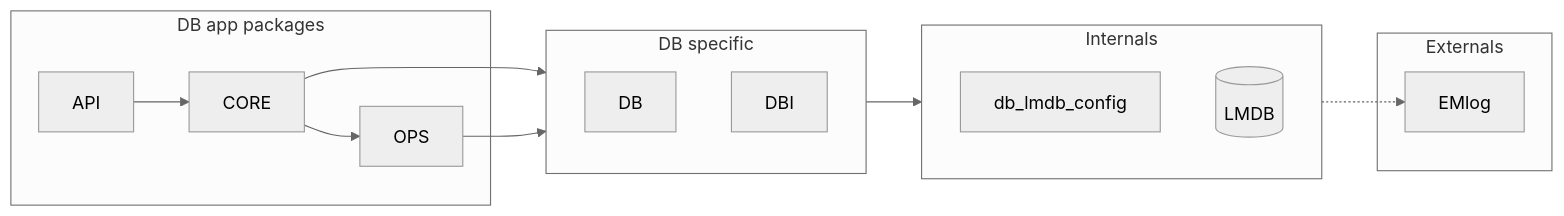
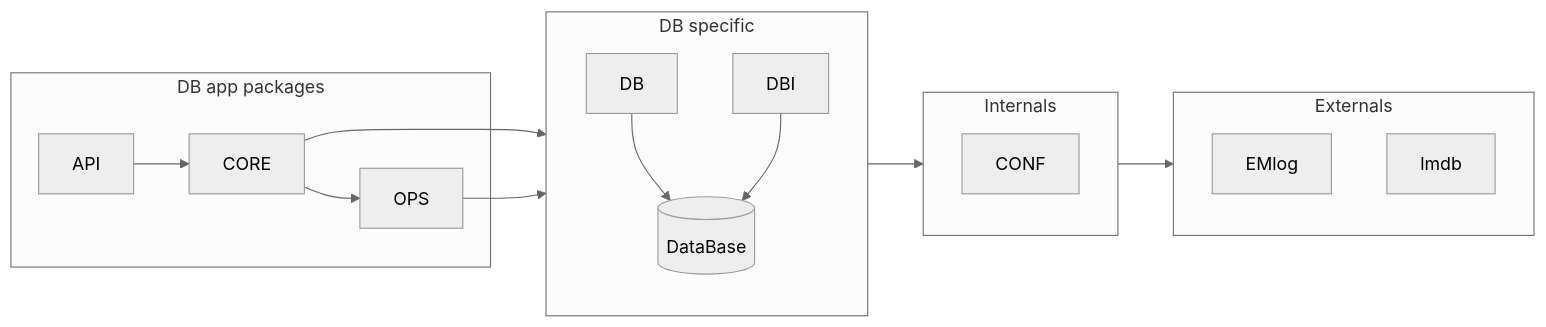
One commit to RomanHorshkov/DB_lmdb changed the first of 4 diagrams in ARCHITECTURE.md. Above: the diagram before and after it, drawn with Mermaid (neutral theme).

````diff
--- a/ARCHITECTURE.md
+++ b/ARCHITECTURE.md
@@ -9,30 +9,34 @@
 ```mermaid
 %% Column view with logging visible
 flowchart LR
     subgraph App [DB app packages]
         api[API]
         core[CORE]
         ops[OPS]
+        api --> core --> ops
     end
 
     subgraph DB_specific [DB specific]
         db[DB]
         dbi[DBI]
+        database[(DataBase)]
+        db --> database
+        dbi --> database
     end
 
     subgraph Internals [Internals]
-        config[db_lmdb_config]
-        lmdb[(LMDB)]
+        config[CONF]
     end
 
-    subgraph Col4 [Externals]
+    subgraph Externals [Externals]
         emlog[EMlog]
+        lmdb[lmdb]
     end
 
-    api --> core --> ops
+    
     DB_specific --> Internals
     core --> DB_specific
     ops --> DB_specific
 
-    Internals -.-> emlog
+    Internals --> Externals
 ```
````
